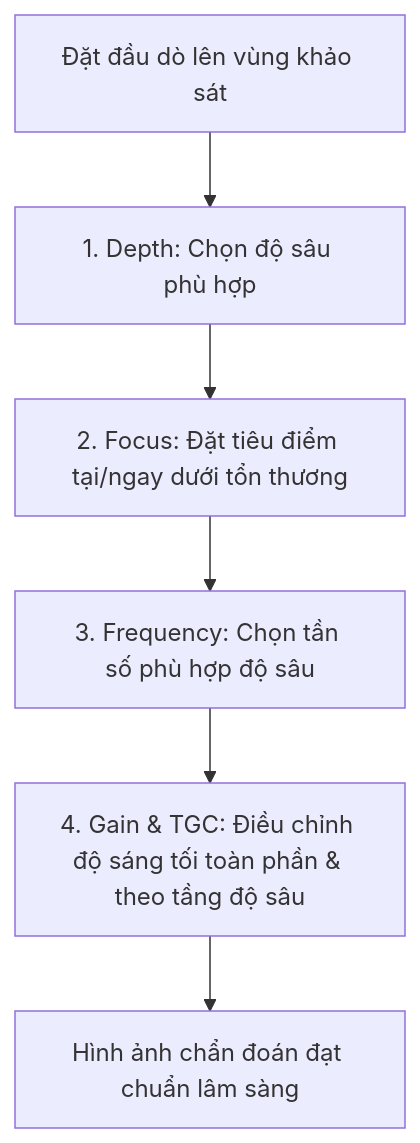
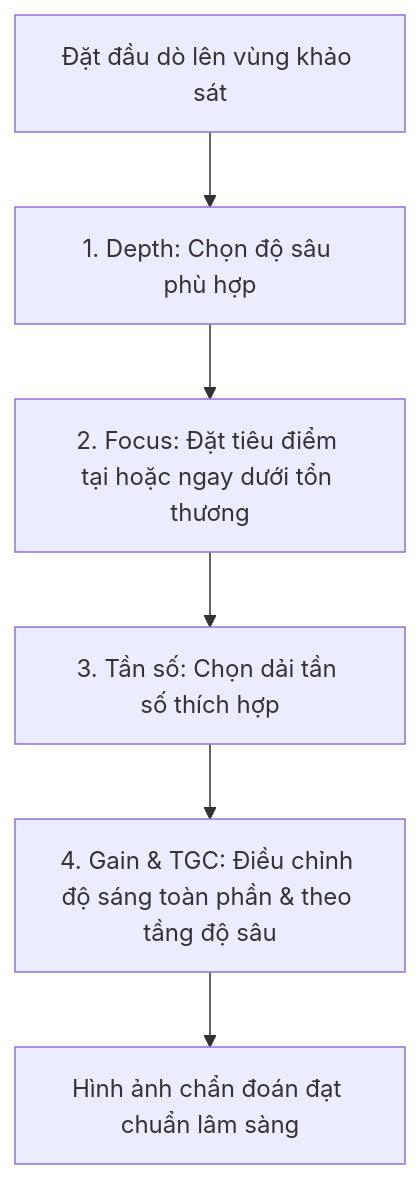
The diagram in docs/02-ky-thuat-quet/02-toi-uu-hinh-anh.mdx (MedPocket/ultraso), drawn with Mermaid before and after one commit. The commit also changed other lines of this file and 10 other files, not shown here.

````diff
--- a/docs/02-ky-thuat-quet/02-toi-uu-hinh-anh.mdx
+++ b/docs/02-ky-thuat-quet/02-toi-uu-hinh-anh.mdx
@@ -12,8 +16,8 @@
 ```mermaid
 flowchart TD
-    Start[Đặt đầu dò lên vùng khảo sát] --> Depth[1. Depth: Chọn độ sâu phù hợp]
-    Depth --> Focus[2. Focus: Đặt tiêu điểm tại/ngay dưới tổn thương]
-    Focus --> Freq[3. Frequency: Chọn tần số phù hợp độ sâu]
-    Freq --> GainTGC[4. Gain & TGC: Điều chỉnh độ sáng tối toàn phần & theo tầng độ sâu]
-    GainTGC --> FinalImage[Hình ảnh chẩn đoán đạt chuẩn lâm sàng]
+  Start[Đặt đầu dò lên vùng khảo sát] --> Depth[1. Depth: Chọn độ sâu phù hợp]
+  Depth --> Focus[2. Focus: Đặt tiêu điểm tại hoặc ngay dưới tổn thương]
+  Focus --> Freq[3. Tần số: Chọn dải tần số thích hợp]
+  Freq --> GainTGC[4. Gain & TGC: Điều chỉnh độ sáng toàn phần & theo tầng độ sâu]
+  GainTGC --> FinalImage[Hình ảnh chẩn đoán đạt chuẩn lâm sàng]
 ```
````
